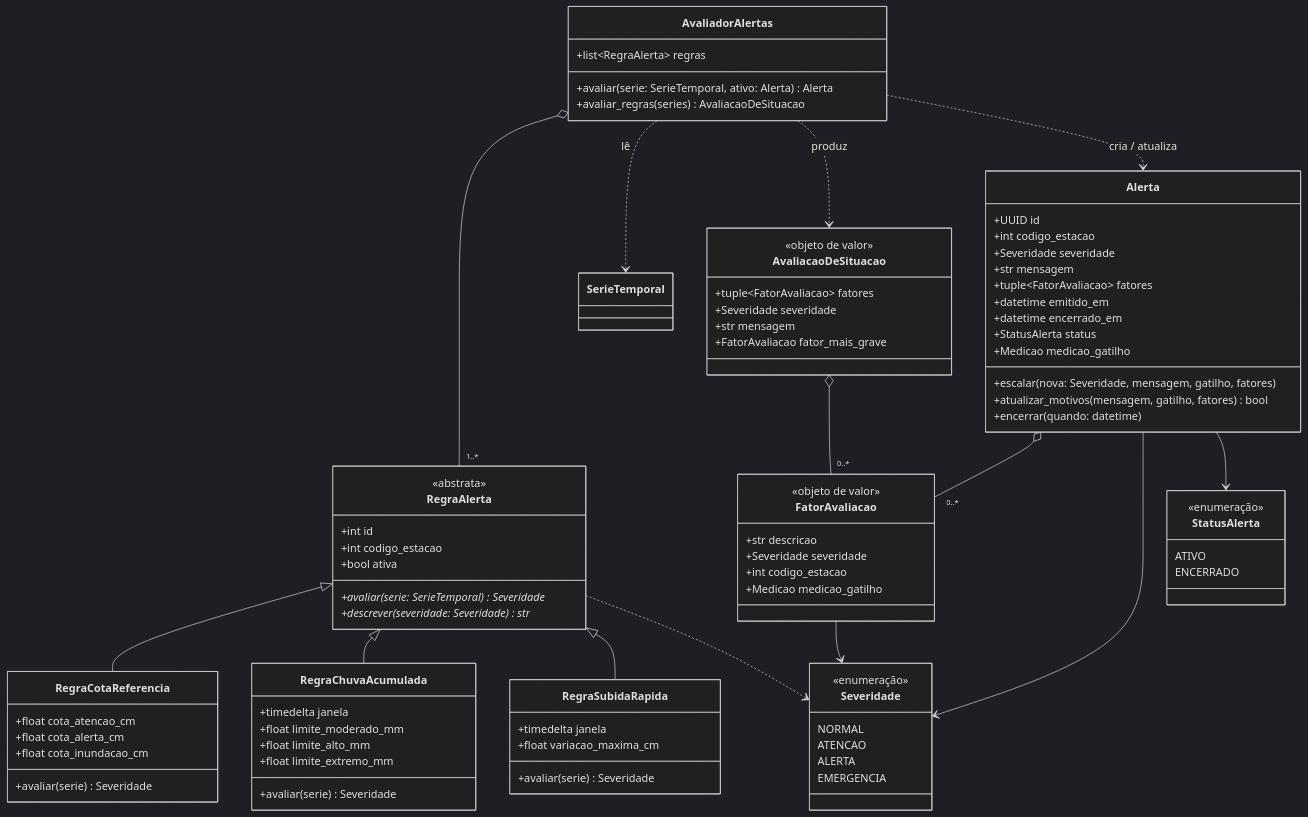
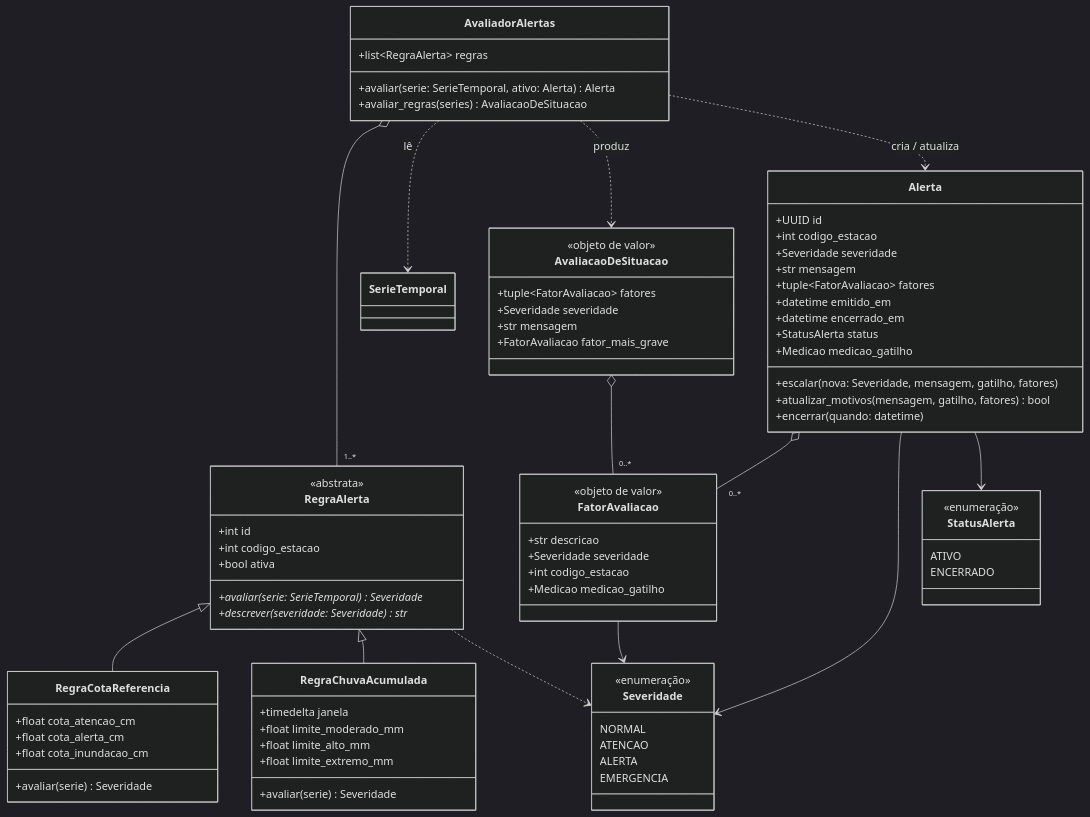
The fourth of 7 diagrams in docs/diagramas-de-classe-ana.md (Software-Engineering-USP/MAC0413-TaPoo), drawn with Mermaid (dark theme) before and after one commit. The commit also changed other lines of this file and 1 other file, not shown here.

Commit message:
fix: fixing issues and other problems appointed by the review

```diff
--- a/docs/diagramas-de-classe-ana.md
+++ b/docs/diagramas-de-classe-ana.md
@@ -249,11 +249,6 @@
       +float limite_moderado_mm
       +float limite_alto_mm
       +float limite_extremo_mm
-      +avaliar(serie) Severidade
-    }
-    class RegraSubidaRapida {
-      +timedelta janela
-      +float variacao_maxima_cm
       +avaliar(serie) Severidade
     }
     class Alerta {
@@ -304,7 +299,6 @@
 
     RegraAlerta <|-- RegraCotaReferencia
     RegraAlerta <|-- RegraChuvaAcumulada
-    RegraAlerta <|-- RegraSubidaRapida
     AvaliadorAlertas o-- "1..*" RegraAlerta
     AvaliadorAlertas ..> SerieTemporal : lê
     AvaliadorAlertas ..> AvaliacaoDeSituacao : produz
```
